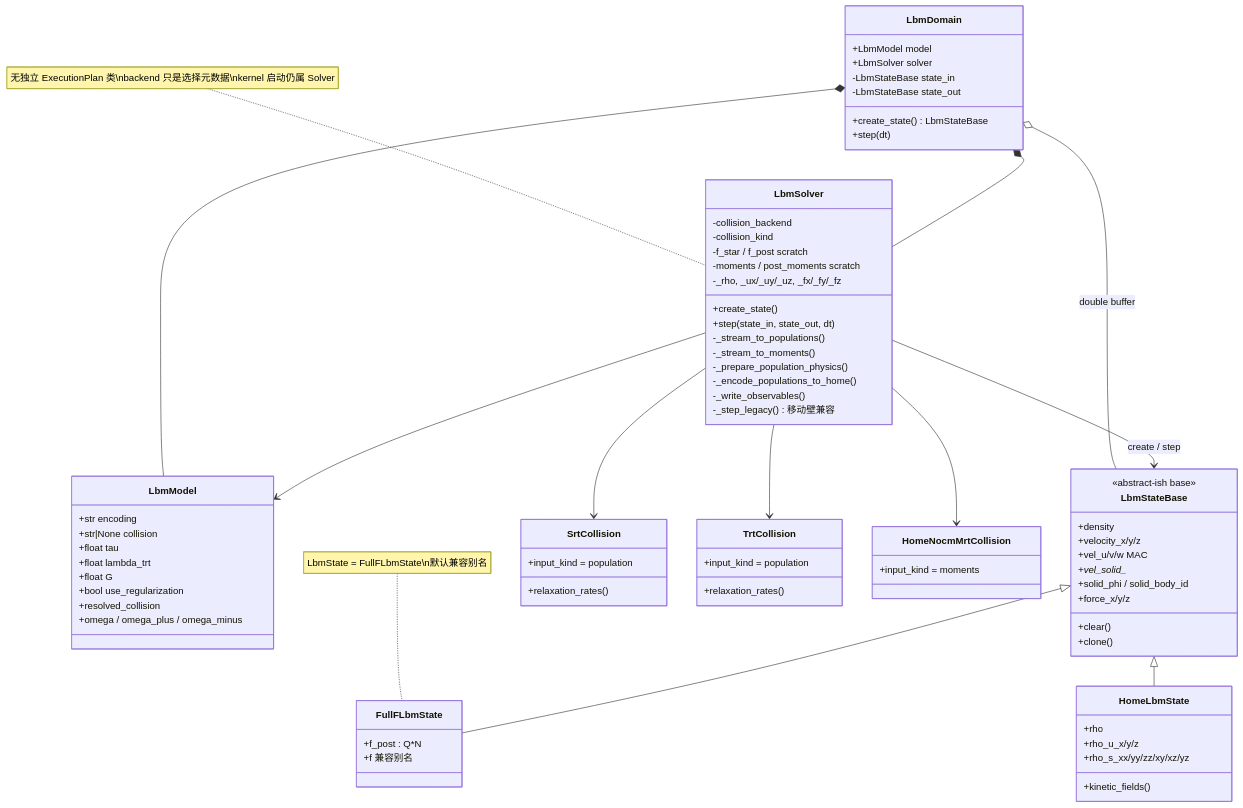
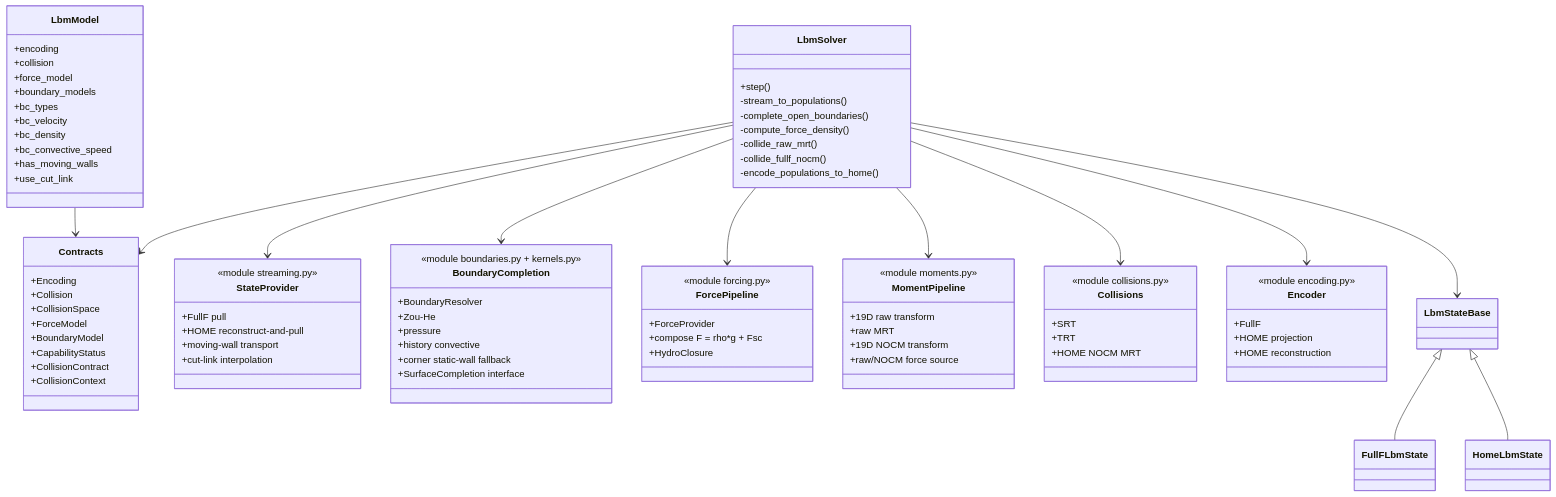
One commit to Cavibot/LBM-Fluid-Structure-Interaction changed the diagram in docs/wanphys/lbm/mermaid/03_module_class_structure.md. Above: the diagram before and after it, drawn with Mermaid. The commit also changed other lines of this file and 27 other files, not shown here.

Commit message:
feat(lbm): complete unified Part 0-3 pipeline

````diff
--- a/docs/wanphys/lbm/mermaid/03_module_class_structure.md
+++ b/docs/wanphys/lbm/mermaid/03_module_class_structure.md
@@ -11,90 +3,99 @@
 ```mermaid
 classDiagram
-    direction TB
-
-    class LbmDomain {
-        +LbmModel model
-        +LbmSolver solver
-        -LbmStateBase state_in
-        -LbmStateBase state_out
-        +create_state() LbmStateBase
-        +step(dt)
+    class LbmModel {
+        +encoding
+        +collision
+        +force_model
+        +boundary_models
+        +bc_types
+        +bc_velocity
+        +bc_density
+        +bc_convective_speed
+        +has_moving_walls
+        +use_cut_link
     }
 
-    class LbmModel {
-        +str encoding
-        +str|None collision
-        +float tau
-        +float lambda_trt
-        +float G
-        +bool use_regularization
-        +resolved_collision
-        +omega / omega_plus / omega_minus
-    }
-
-    class LbmStateBase {
-        <<abstract-ish base>>
-        +density
-        +velocity_x/y/z
-        +vel_u/v/w  MAC
-        +vel_solid_*
-        +solid_phi / solid_body_id
-        +force_x/y/z
-        +clear()
-        +clone()
-    }
-
-    class FullFLbmState {
-        +f_post : Q*N
-        +f 兼容别名
-    }
-
-    class HomeLbmState {
-        +rho
-        +rho_u_x/y/z
-        +rho_s_xx/yy/zz/xy/xz/yz
-        +kinetic_fields()
+    class Contracts {
+        +Encoding
+        +Collision
+        +CollisionSpace
+        +ForceModel
+        +BoundaryModel
+        +CapabilityStatus
+        +CollisionContract
+        +CollisionContext
     }
 
     class LbmSolver {
-        -collision_backend
-        -collision_kind
-        -f_star / f_post scratch
-        -moments / post_moments scratch
-        -_rho, _ux/_uy/_uz, _fx/_fy/_fz
-        +create_state()
-        +step(state_in, state_out, dt)
-        -_stream_to_populations()
-        -_stream_to_moments()
-        -_prepare_population_physics()
-        -_encode_populations_to_home()
-        -_write_observables()
-        -_step_legacy() 移动壁兼容
+        +step()
+        -stream_to_populations()
+        -complete_open_boundaries()
+        -compute_force_density()
+        -collide_raw_mrt()
+        -collide_fullf_nocm()
+        -encode_populations_to_home()
     }
 
-    class SrtCollision {
-        +input_kind = population
-        +relaxation_rates()
-    }
-    class TrtCollision {
-        +input_kind = population
-        +relaxation_rates()
-    }
-    class HomeNocmMrtCollision {
-        +input_kind = moments
+    class StateProvider {
+        <<module streaming.py>>
+        +FullF pull
+        +HOME reconstruct-and-pull
+        +moving-wall transport
+        +cut-link interpolation
     }
 
-    LbmDomain *-- LbmModel
-    LbmDomain *-- LbmSolver
-    LbmDomain o-- LbmStateBase : double buffer
-    LbmSolver --> LbmModel
-    LbmSolver --> LbmStateBase : create / step
+    class BoundaryCompletion {
+        <<module boundaries.py + kernels.py>>
+        +BoundaryResolver
+        +Zou-He
+        +pressure
+        +history convective
+        +corner static-wall fallback
+        +SurfaceCompletion interface
+    }
+
+    class ForcePipeline {
+        <<module forcing.py>>
+        +ForceProvider
+        +compose F = rho*g + Fsc
+        +HydroClosure
+    }
+
+    class MomentPipeline {
+        <<module moments.py>>
+        +19D raw transform
+        +raw MRT
+        +19D NOCM transform
+        +raw/NOCM force source
+    }
+
+    class Collisions {
+        <<module collisions.py>>
+        +SRT
+        +TRT
+        +HOME NOCM MRT
+    }
+
+    class Encoder {
+        <<module encoding.py>>
+        +FullF
+        +HOME projection
+        +HOME reconstruction
+    }
+
+    class LbmStateBase
+    class FullFLbmState
+    class HomeLbmState
+
     LbmStateBase <|-- FullFLbmState
     LbmStateBase <|-- HomeLbmState
-    LbmSolver --> SrtCollision
-    LbmSolver --> TrtCollision
-    LbmSolver --> HomeNocmMrtCollision
-
-    note for FullFLbmState "LbmState = FullFLbmState\n默认兼容别名"
-    note for LbmSolver "无独立 ExecutionPlan 类\nbackend 只是选择元数据\nkernel 启动仍属 Solver"
+    LbmModel --> Contracts
+    LbmSolver --> Contracts
+    LbmSolver --> StateProvider
+    LbmSolver --> BoundaryCompletion
+    LbmSolver --> ForcePipeline
+    LbmSolver --> MomentPipeline
+    LbmSolver --> Collisions
+    LbmSolver --> Encoder
+    LbmSolver --> LbmStateBase
 ```
````
